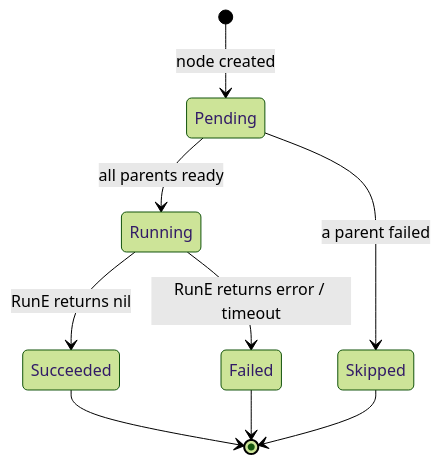
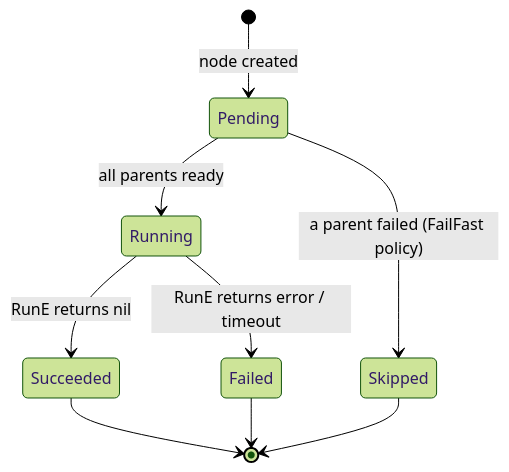
One commit to HeaInSeo/dag-go changed the diagram in README.md. Above: the diagram before and after it, drawn with Mermaid (forest theme). The commit also changed other lines of this file and 13 other files, not shown here.

````diff
--- a/README.md
+++ b/README.md
@@ -143,11 +145,11 @@
 ```mermaid
 stateDiagram-v2
     [*] --> Pending : node created
     Pending --> Running  : all parents ready
-    Pending --> Skipped  : a parent failed
+    Pending --> Skipped  : a parent failed (FailFast policy)
     Running --> Succeeded : RunE returns nil
     Running --> Failed    : RunE returns error / timeout
     Succeeded --> [*]
     Failed    --> [*]
     Skipped   --> [*]
 ```
````
